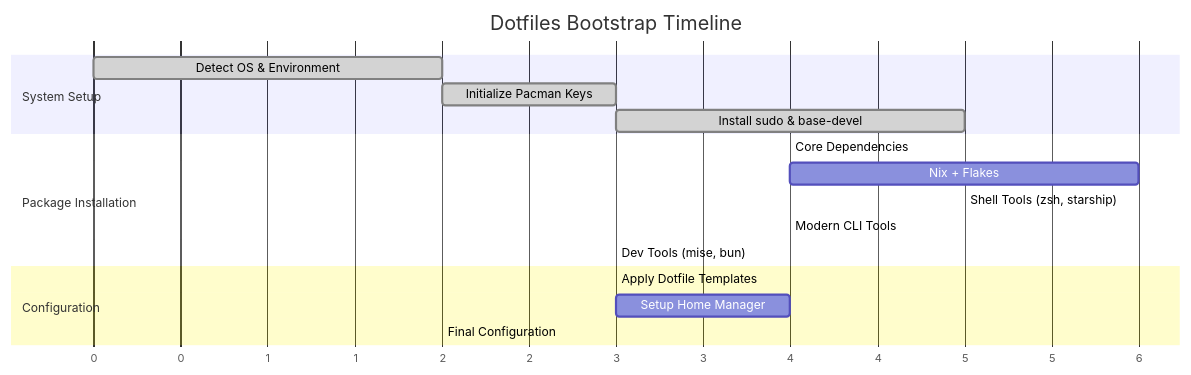
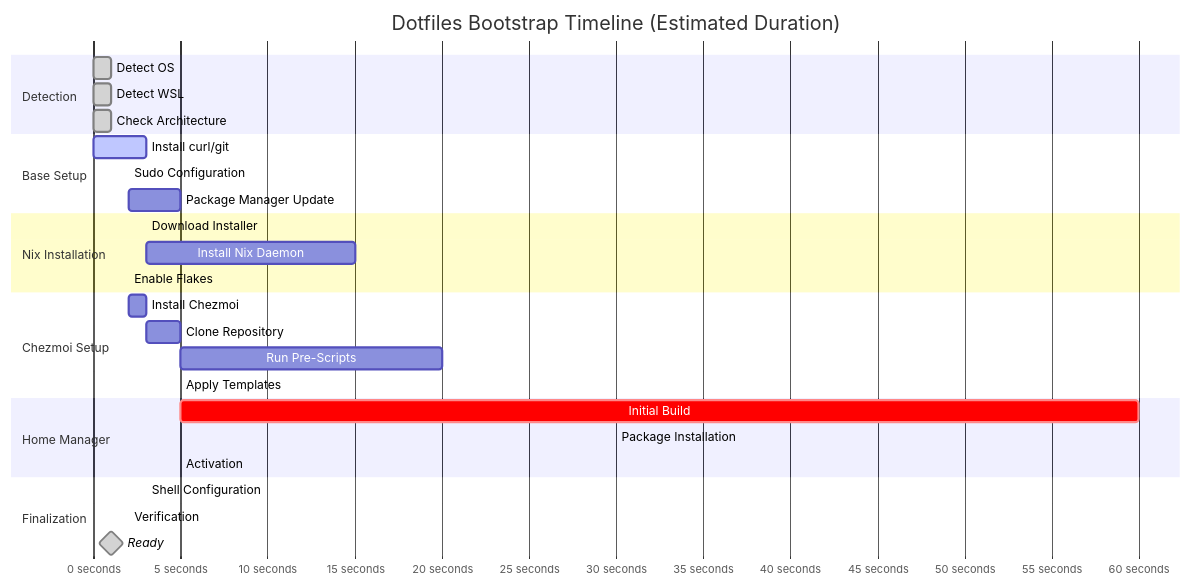
The eighth of 9 diagrams in README.md (Yuzu02/dotfiles), drawn with Mermaid before and after one commit. The commit also changed other lines of this file and 6 other files, not shown here.

First line of the commit message:
feat(setup): :sparkles: Update Home Manager configurations and install script for 2025/2026 best practices

````diff
--- a/README.md
+++ b/README.md
@@ -360,23 +489,37 @@
 ```mermaid
 gantt
-    title Dotfiles Bootstrap Timeline
+    title Dotfiles Bootstrap Timeline (Estimated Duration)
     dateFormat X
-    axisFormat %s
+    axisFormat %s seconds
     
-    section System Setup
-        Detect OS & Environment    :done, detect, 0, 2
-        Initialize Pacman Keys     :done, keys, after detect, 3
-        Install sudo & base-devel  :done, sudo, after keys, 5
+    section Detection
+        Detect OS          :done, detect, 0, 1
+        Detect WSL         :done, wsl, 1, 1
+        Check Architecture :done, arch, 2, 1
     
-    section Package Installation
-        Core Dependencies          :active, deps, after sudo, 4
-        Nix + Flakes              :nix, after deps, 6
-        Shell Tools (zsh, starship):shell, after nix, 5
-        Modern CLI Tools          :cli, after shell, 4
-        Dev Tools (mise, bun)     :dev, after cli, 3
+    section Base Setup
+        Install curl/git       :active, curl, 3, 3
+        Sudo Configuration     :sudo, after curl, 2
+        Package Manager Update :pkgupd, after sudo, 5
     
-    section Configuration
-        Apply Dotfile Templates    :config, after dev, 3
-        Setup Home Manager        :hm, after config, 4
-        Final Configuration       :final, after hm, 2
+    section Nix Installation
+        Download Installer     :nixdl, after pkgupd, 3
+        Install Nix Daemon     :nixinst, after nixdl, 15
+        Enable Flakes          :flakes, after nixinst, 2
+    
+    section Chezmoi Setup
+        Install Chezmoi        :cz, after flakes, 3
+        Clone Repository       :clone, after cz, 5
+        Run Pre-Scripts        :scripts, after clone, 20
+        Apply Templates        :apply, after scripts, 5
+    
+    section Home Manager
+        Initial Build          :crit, hmbuild, after apply, 60
+        Package Installation   :crit, hmpkgs, after hmbuild, 30
+        Activation             :hmact, after hmpkgs, 5
+    
+    section Finalization
+        Shell Configuration    :shell, after hmact, 3
+        Verification           :verify, after shell, 2
+        Ready                  :milestone, done, after verify, 0
 ```
````
